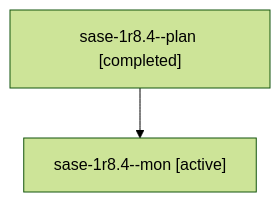
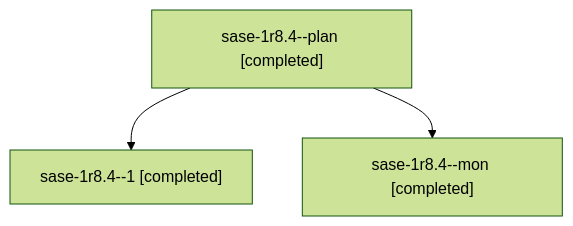
The diagram in sessions/bbugyi200.athena.sase-1r8.4.md (sase-org/sase--agents), drawn with Mermaid (forest theme) before and after one commit. The commit also changed other lines of this file and 32 other files, not shown here.

````diff
--- a/sessions/bbugyi200.athena.sase-1r8.4.md
+++ b/sessions/bbugyi200.athena.sase-1r8.4.md
@@ -9,6 +9,8 @@
 ```mermaid
 flowchart TD
   n0["sase-1r8.4--plan [completed]"]
-  n1["sase-1r8.4--mon [active]"]
+  n1["sase-1r8.4--1 [completed]"]
   n0 --> n1
+  n2["sase-1r8.4--mon [completed]"]
+  n0 --> n2
 ```
````
